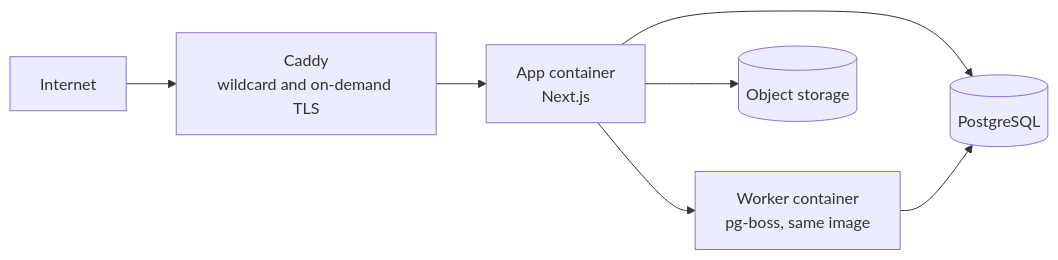
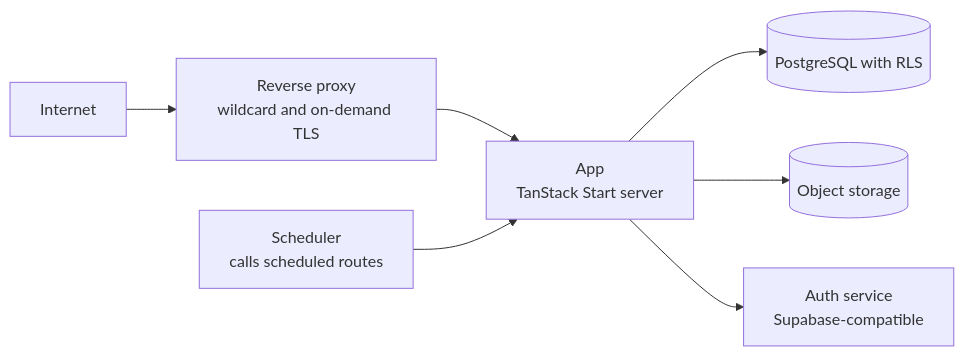
The fifth of 5 diagrams in docs/architecture.md (Nox-Mob/OpenCharterApp), drawn with Mermaid before and after one commit. The commit also changed other lines of this file and 6 other files, not shown here.

````diff
--- a/docs/architecture.md
+++ b/docs/architecture.md
@@ -250,9 +252,9 @@
 ```mermaid
 flowchart LR
-    I[Internet] --> C[Caddy<br/>wildcard and on-demand TLS]
-    C --> A[App container<br/>Next.js]
-    A --> W[Worker container<br/>pg-boss, same image]
-    A --> D[(PostgreSQL)]
-    W --> D
+    I[Internet] --> C[Reverse proxy<br/>wildcard and on-demand TLS]
+    C --> A[App<br/>TanStack Start server]
+    A --> D[(PostgreSQL with RLS)]
+    S[Scheduler<br/>calls scheduled routes] --> A
     A --> O[(Object storage)]
+    A --> AU[Auth service<br/>Supabase-compatible]
 ```
````
